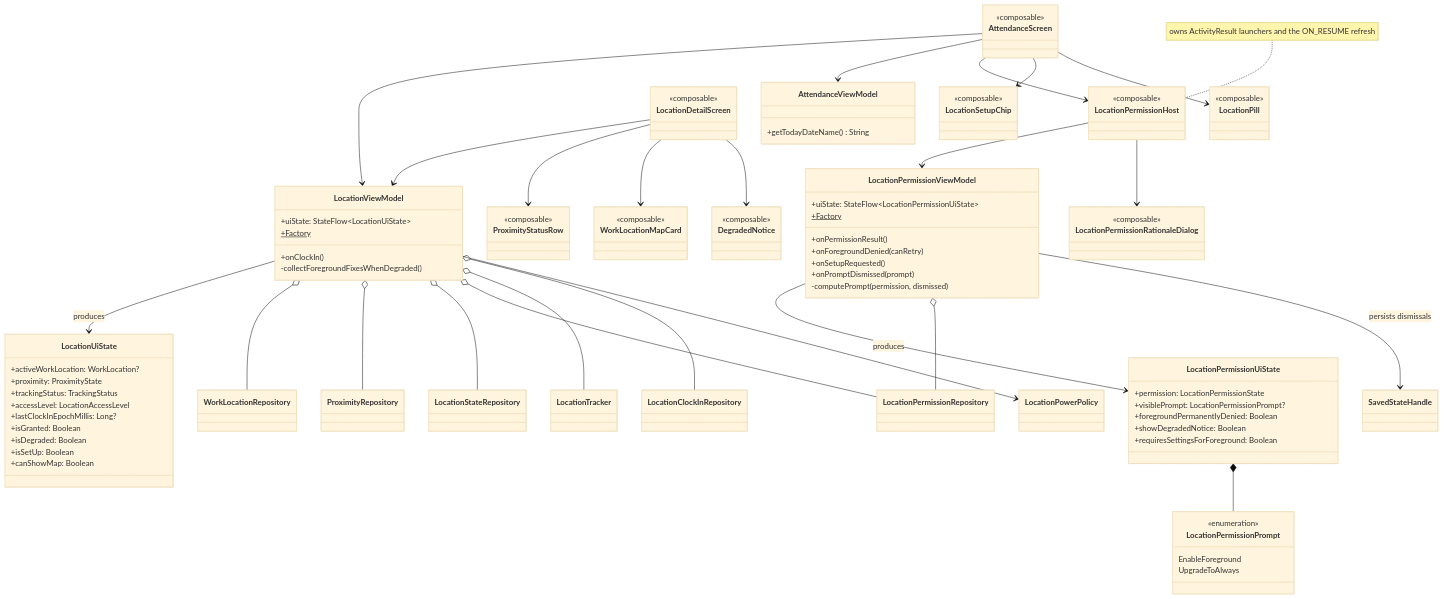
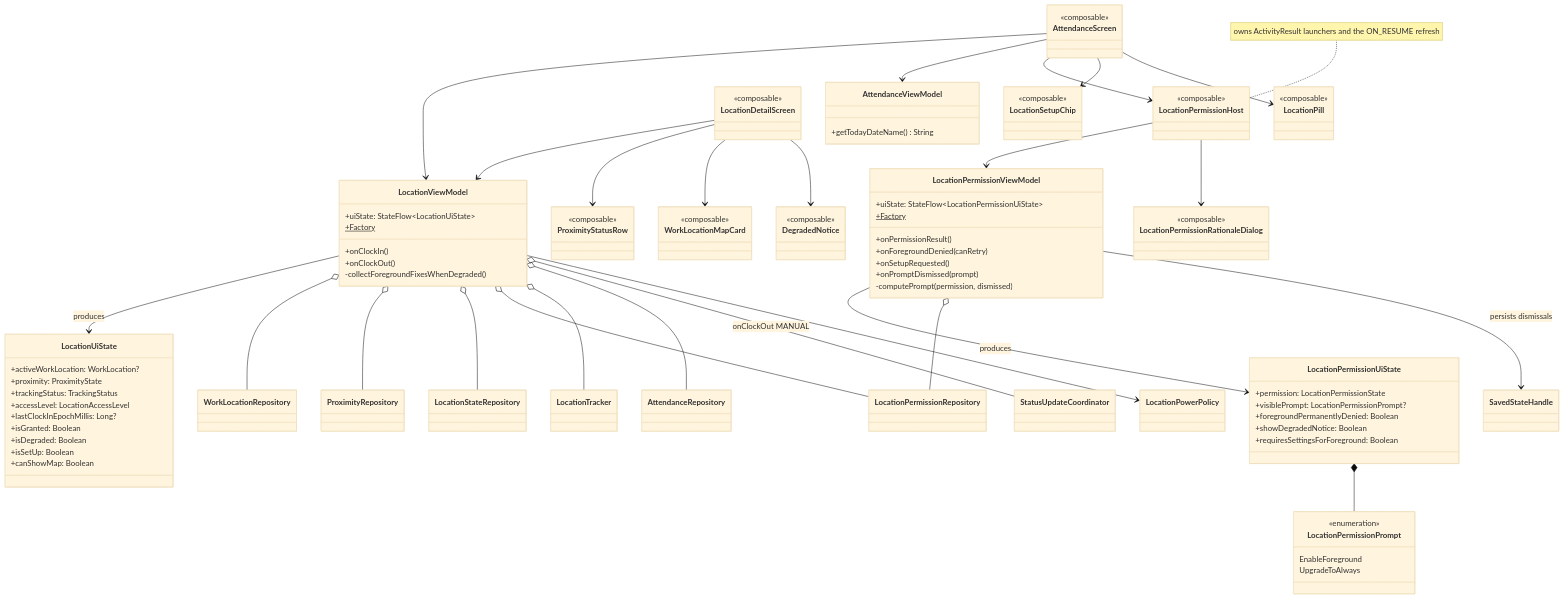
Before and after one commit to jaustinjr-code/employee-attendance-android: the sixth of 8 diagrams in docs/architecture/class-diagrams.md, drawn with Mermaid (base theme). The commit also changed other lines of this file and 53 other files, not shown here.

First line of the commit message:
Add Status Update prompt after every clock-out

```diff
--- a/docs/architecture/class-diagrams.md
+++ b/docs/architecture/class-diagrams.md
@@ -389,6 +401,7 @@
     class LocationViewModel {
         +uiState: StateFlow~LocationUiState~
         +onClockIn()
+        +onClockOut()
         -collectForegroundFixesWhenDegraded()
         +Factory$
     }
@@ -457,7 +470,8 @@
     LocationViewModel o-- LocationStateRepository
     LocationViewModel o-- LocationPermissionRepository
     LocationViewModel o-- LocationTracker
-    LocationViewModel o-- LocationClockInRepository
+    LocationViewModel o-- AttendanceRepository
+    LocationViewModel o-- StatusUpdateCoordinator : onClockOut MANUAL
     LocationViewModel --> LocationPowerPolicy
 
     LocationPermissionViewModel --> LocationPermissionUiState : produces
```
